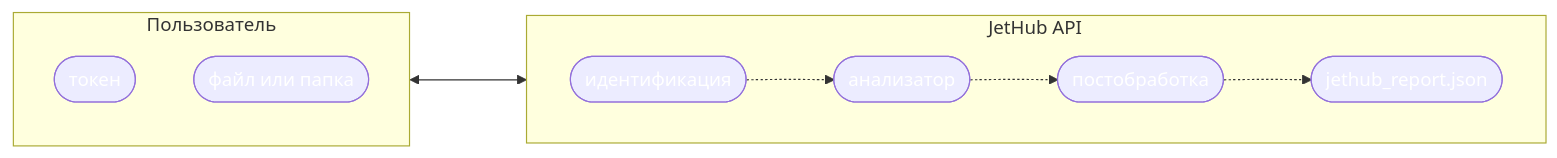
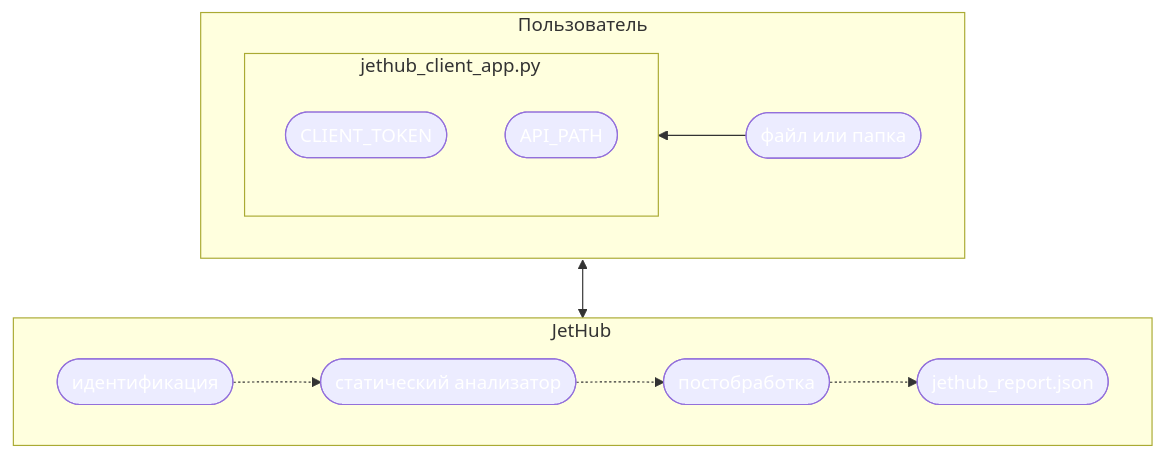
One commit to jethub-tech/docs.jethub.pro changed the diagram in docs/index.md. Above: the diagram before and after it, drawn with Mermaid. The commit also changed other lines of this file, not shown here.

Commit message:
little bit update

````diff
--- a/docs/index.md
+++ b/docs/index.md
@@ -3,40 +3,48 @@
 ``` mermaid
 %%{init: {"flowchart": {"htmlLabels": false}} }%%
-flowchart LR
+flowchart TB
     subgraph CLIENT [Пользователь]
         style CLIENT color:#fff
-        direction TB
+        direction RL
 
-        token([токен])
-        style token color:#fff
+        subgraph JETHUB_client_app[jethub_client_app.py]
+            style JETHUB_client_app color:#fff
+        
+            client_token([CLIENT_TOKEN])
+            style client_token color:#fff
 
-        path([ файл или папка ])
+            JETHUB_api([API_PATH])
+            style JETHUB_api color:#fff
+        end
+
+        path([файл или папка])
         style path color:#fff
 
+        path --> JETHUB_client_app
 
     end
 
-    subgraph JETHUB_API [JetHub API]
-        style JETHUB_API color:#fff
+    subgraph JETHUB [JetHub]
+        style JETHUB color:#fff
         direction LR
 
         identification([идентификация])
         style identification color:#fff
 
-        analizator([анализатор])
+        analizator([статический анализатор])
         style analizator color:#fff
 
         post_processing([постобработка])
         style post_processing color:#fff
 
         report([jethub_report.json])
         style report color:#fff
 
         identification -.-> analizator
         analizator -.-> post_processing
         post_processing -.-> report
 
     end
 
-    CLIENT <---> JETHUB_API
+    CLIENT <--> JETHUB
 ```
````
